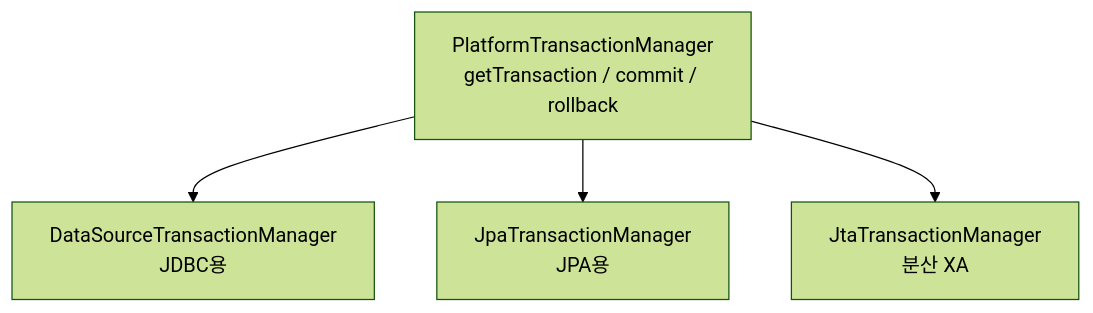
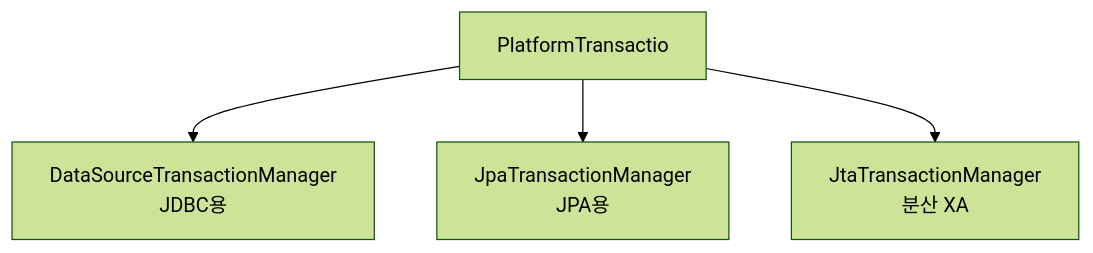
Before and after one commit to yjkim2015/yjkim2015.github.io: the fifth of 11 diagrams in _posts/spring/2026-05-02-spring-db-1.md, drawn with Mermaid (forest theme). The commit also changed other lines of this file and 271 other files, not shown here.

First line of the commit message:
Mermaid 라벨 축소: 긴 노드 텍스트 18자 이하로 트림 + \n 제거

````diff
--- a/_posts/spring/2026-05-02-spring-db-1.md
+++ b/_posts/spring/2026-05-02-spring-db-1.md
@@ -294,7 +294,7 @@
 ```mermaid
 graph TD
-    P["PlatformTransactionManager\ngetTransaction / commit / rollback"]
+    P["PlatformTransactio"]
     P --> A[DataSourceTransactionManager\nJDBC용]
     P --> B[JpaTransactionManager\nJPA용]
     P --> C[JtaTransactionManager\n분산 XA]
 ```
````
